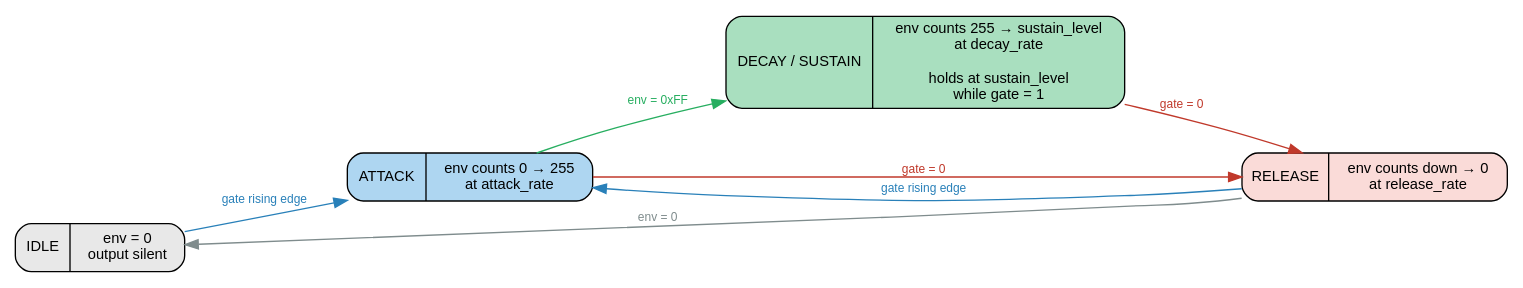
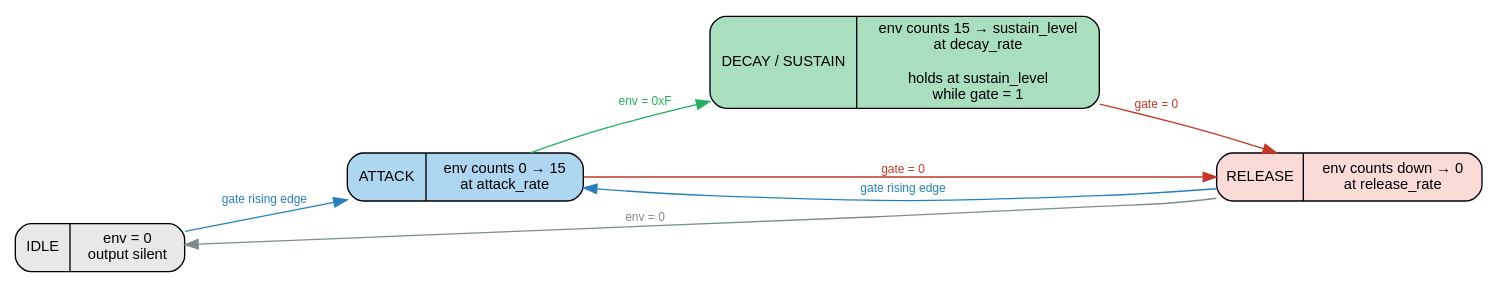
Before and after one commit to rrrh/tiny_sid_chip: the diagram in docs/adsr_fsm.dot, drawn with Graphviz. The commit also changed 10 other files, not shown here.

First line of the commit message:
Update architecture diagram and documentation for 3-voice prescaler design

```diff
--- a/docs/adsr_fsm.dot
+++ b/docs/adsr_fsm.dot
@@ -1,69 +1,69 @@
-// ADSR Envelope State Machine — sid_asdr_generator
+// ADSR Envelope State Machine — 4-bit linear ADSR (per voice)
 // Render: dot -Tsvg docs/adsr_fsm.dot -o docs/adsr_fsm.svg
 //         dot -Tpng docs/adsr_fsm.dot -o docs/adsr_fsm.png
 
 digraph adsr_fsm {
     rankdir=LR;
     bgcolor="white";
     fontname="Helvetica";
     node [fontname="Helvetica", fontsize=11, style=filled, shape=Mrecord];
     edge [fontname="Helvetica", fontsize=9];
 
     // --- States ---
     IDLE [
         label="{IDLE|env = 0\noutput silent}",
         fillcolor="#e8e8e8"
     ];
 
     ATTACK [
-        label="{ATTACK|env counts 0 → 255\nat attack_rate}",
+        label="{ATTACK|env counts 0 → 15\nat attack_rate}",
         fillcolor="#aed6f1"
     ];
 
     DECAY [
-        label="{DECAY / SUSTAIN|env counts 255 → sustain_level\nat decay_rate\n\nholds at sustain_level\nwhile gate = 1}",
+        label="{DECAY / SUSTAIN|env counts 15 → sustain_level\nat decay_rate\n\nholds at sustain_level\nwhile gate = 1}",
         fillcolor="#a9dfbf"
     ];
 
     RELEASE [
         label="{RELEASE|env counts down → 0\nat release_rate}",
         fillcolor="#fadbd8"
     ];
 
     // --- Transitions ---
     IDLE -> ATTACK [
         label="  gate rising edge  ",
         color="#2980b9",
         fontcolor="#2980b9"
     ];
 
     ATTACK -> DECAY [
-        label="  env = 0xFF  ",
+        label="  env = 0xF  ",
         color="#27ae60",
         fontcolor="#27ae60"
     ];
 
     ATTACK -> RELEASE [
         label="  gate = 0  ",
         color="#c0392b",
         fontcolor="#c0392b"
     ];
 
     DECAY -> RELEASE [
         label="  gate = 0  ",
         color="#c0392b",
         fontcolor="#c0392b"
     ];
 
     RELEASE -> IDLE [
         label="  env = 0  ",
         color="#7f8c8d",
         fontcolor="#7f8c8d"
     ];
 
     RELEASE -> ATTACK [
         label="  gate rising edge  ",
         color="#2980b9",
         fontcolor="#2980b9"
     ];
 }
```
